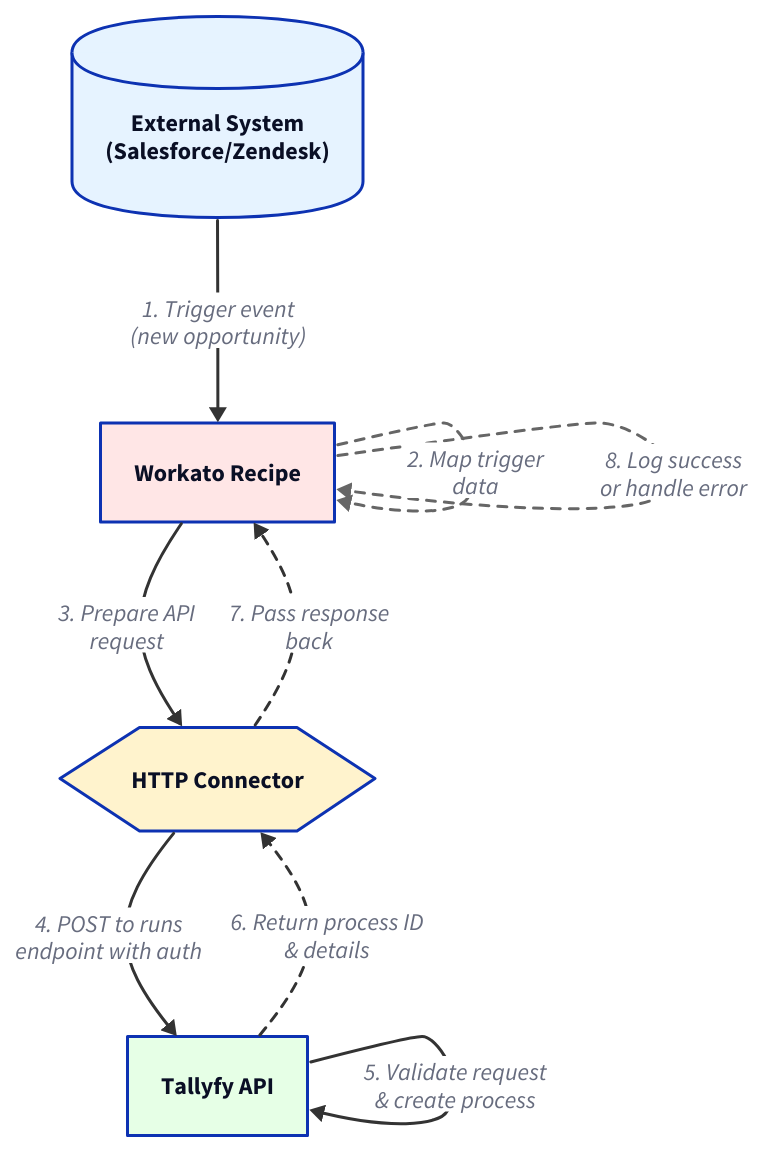
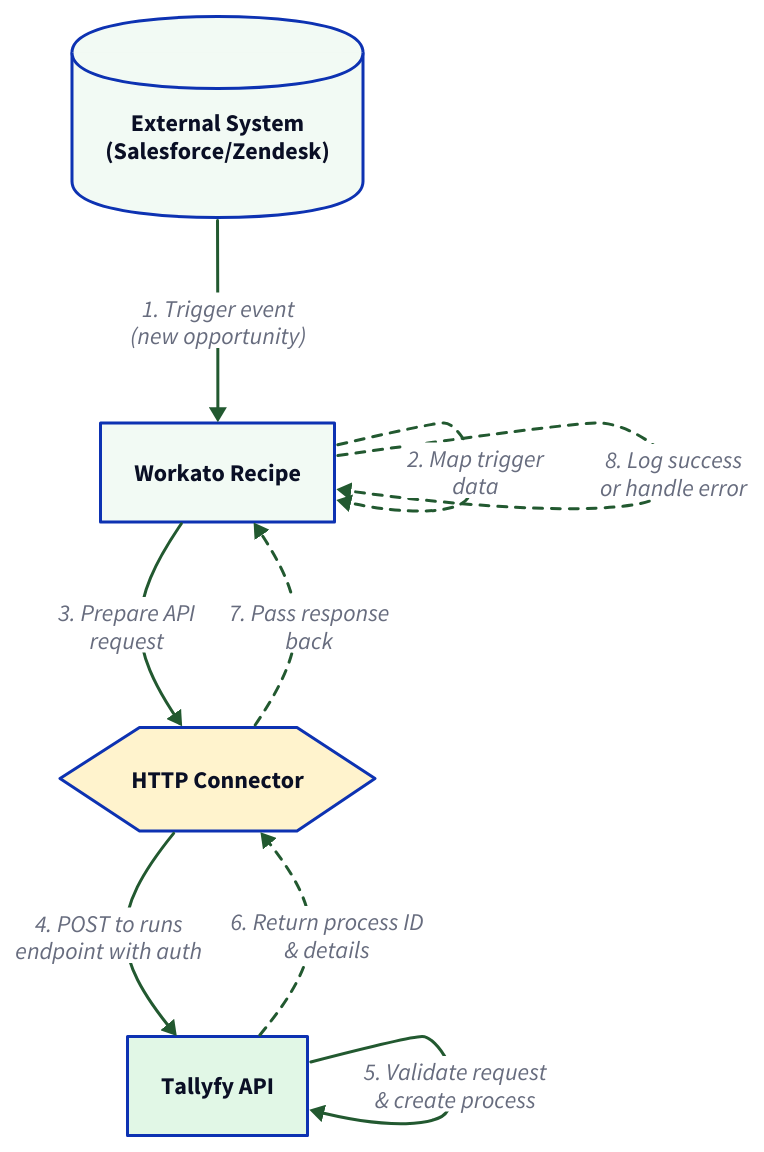
The diagram in src/content/docs/pro/integrations/middleware/workato/how-to-launch-tallyfy-processes-from-workato.mdx (tallyfy/documentation), drawn with D2 before and after one commit. The commit also changed 66 other files, not shown here.

````diff
--- a/src/content/docs/pro/integrations/middleware/workato/how-to-launch-tallyfy-processes-from-workato.mdx
+++ b/src/content/docs/pro/integrations/middleware/workato/how-to-launch-tallyfy-processes-from-workato.mdx
@@ -25,60 +25,60 @@
 ```d2
 direction: down
 
 ES: "External System\n(Salesforce/Zendesk)" {
   shape: cylinder
-  style.fill: "#e6f3ff"
+  style.fill: "#f2faf4"
 }
 
 W: "Workato Recipe" {
   shape: rectangle
-  style.fill: "#ffe6e6"
+  style.fill: "#f2faf4"
 }
 
 HTTP: "HTTP Connector" {
   shape: hexagon
   style.fill: "#fff3cd"
 }
 
 T: "Tallyfy API" {
   shape: rectangle
-  style.fill: "#e6ffe6"
+  style.fill: "#e1f7e6"
 }
 
 ES -> W: "1. Trigger event\n(new opportunity)" {
-  style.stroke: "#333"
+  style.stroke: "#225930"
 }
 
 W -> W: "2. Map trigger\ndata" {
-  style.stroke: "#666"
+  style.stroke: "#225930"
   style.stroke-dash: 3
 }
 
 W -> HTTP: "3. Prepare API\nrequest" {
-  style.stroke: "#333"
+  style.stroke: "#225930"
 }
 
 HTTP -> T: "4. POST to runs\nendpoint with auth" {
-  style.stroke: "#333"
+  style.stroke: "#225930"
   style.stroke-width: 2
 }
 
 T -> T: "5. Validate request\n& create process" {
-  style.stroke: "#333"
+  style.stroke: "#225930"
 }
 
 T -> HTTP: "6. Return process ID\n& details" {
-  style.stroke: "#333"
+  style.stroke: "#225930"
   style.stroke-dash: 3
 }
 
 HTTP -> W: "7. Pass response\nback" {
-  style.stroke: "#333"
+  style.stroke: "#225930"
   style.stroke-dash: 3
 }
 
 W -> W: "8. Log success\nor handle error" {
-  style.stroke: "#666"
+  style.stroke: "#225930"
   style.stroke-dash: 3
 }
 ```
````
